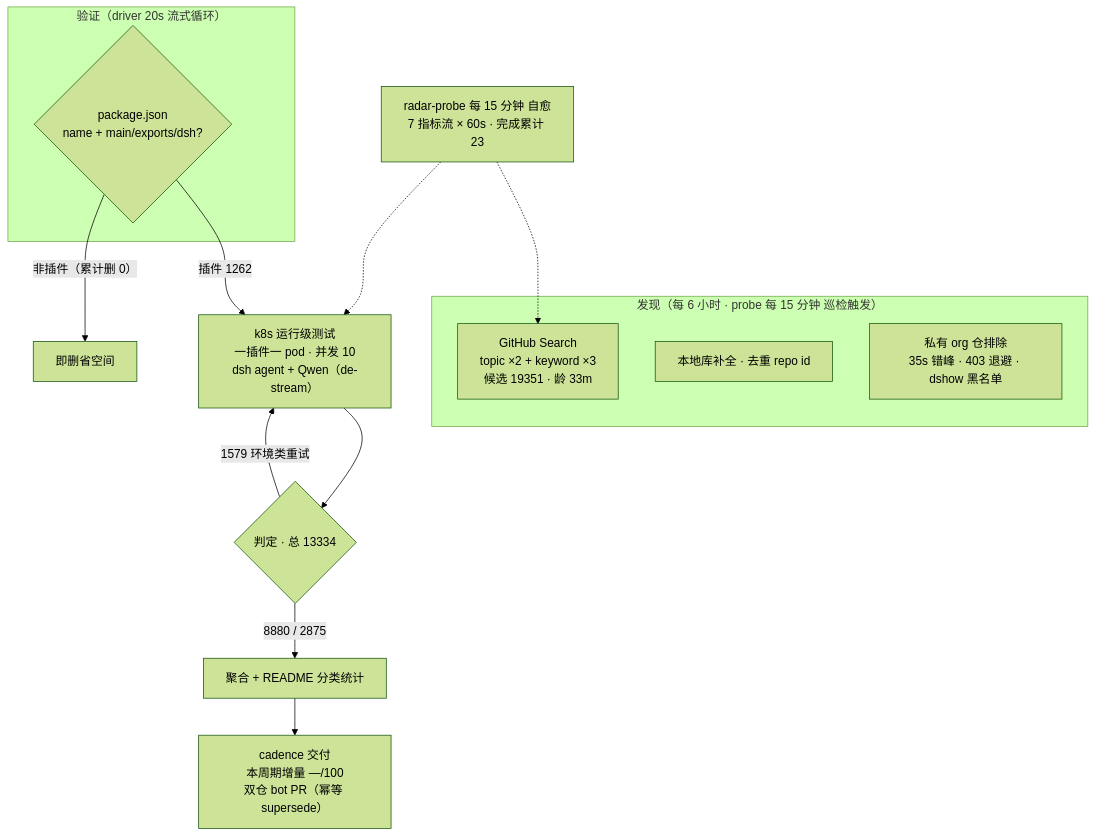
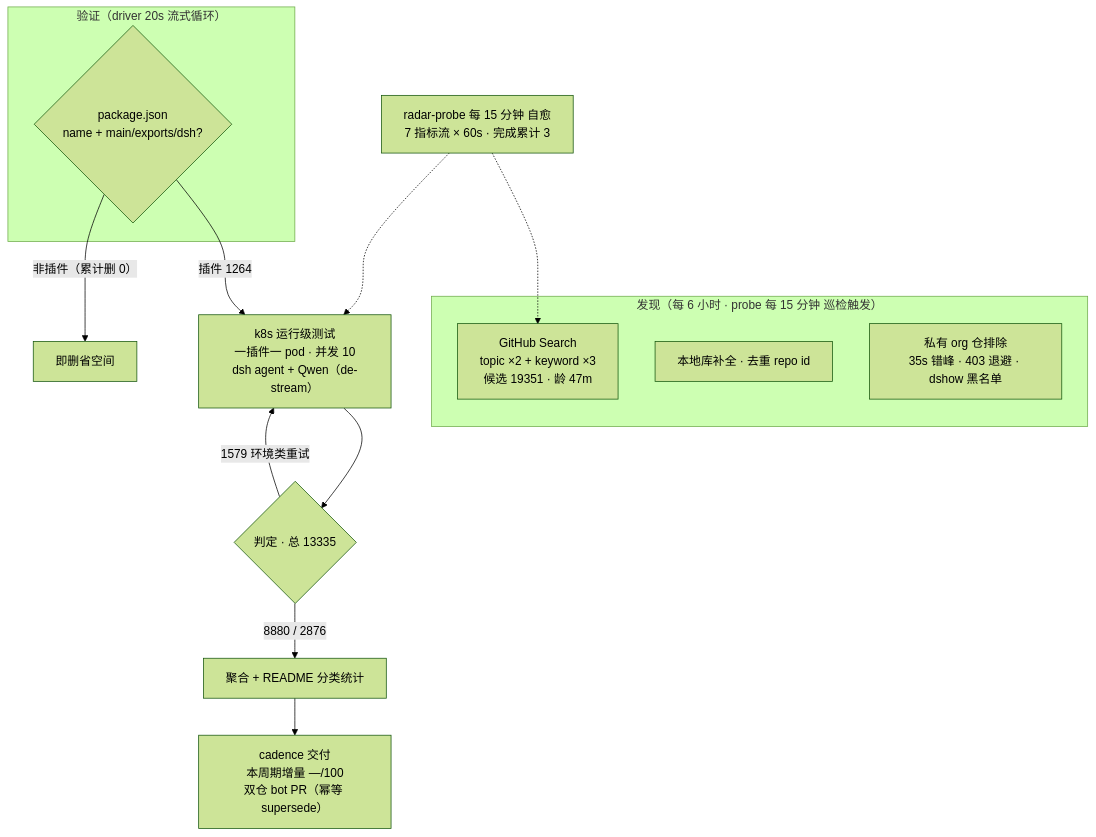
Before and after one commit to AdamPlatin123/dsh-plugin-radar: the diagram in README.md, drawn with Mermaid (forest theme). The commit also changed other lines of this file and 7 other files, not shown here.

````diff
--- a/README.md
+++ b/README.md
@@ -52,20 +52,20 @@
 ```mermaid
 flowchart TB
     subgraph Discovery["发现（每 6 小时 · probe 每 15 分钟 巡检触发）"]
-        A1["GitHub Search<br/>topic ×2 + keyword ×3<br/>候选 19351 · 龄 33m"]
+        A1["GitHub Search<br/>topic ×2 + keyword ×3<br/>候选 19351 · 龄 47m"]
         A2["本地库补全 · 去重 repo id"]
         A3["私有 org 仓排除<br/>35s 错峰 · 403 退避 · dshow 黑名单"]
     end
     subgraph Validation["验证（driver 20s 流式循环）"]
         B1{"package.json<br/>name + main/exports/dsh?"}
     end
-    B1 -->|"插件 1262"| C1["k8s 运行级测试<br/>一插件一 pod · 并发 10<br/>dsh agent + Qwen（de-stream）"]
+    B1 -->|"插件 1264"| C1["k8s 运行级测试<br/>一插件一 pod · 并发 10<br/>dsh agent + Qwen（de-stream）"]
     B1 -->|"非插件（累计删 0）"| B3["即删省空间"]
-    C1 --> D1{"判定 · 总 13334"}
-    D1 -->|"8880 / 2875"| E1["聚合 + README 分类统计"]
+    C1 --> D1{"判定 · 总 13335"}
+    D1 -->|"8880 / 2876"| E1["聚合 + README 分类统计"]
     D1 -->|"1579 环境类重试"| C1
     E1 --> E2["cadence 交付<br/>本周期增量 —/100<br/>双仓 bot PR（幂等 supersede）"]
-    M["radar-probe 每 15 分钟 自愈<br/>7 指标流 × 60s · 完成累计 23"]
+    M["radar-probe 每 15 分钟 自愈<br/>7 指标流 × 60s · 完成累计 3"]
     M -.-> A1
     M -.-> C1
 ```
````
